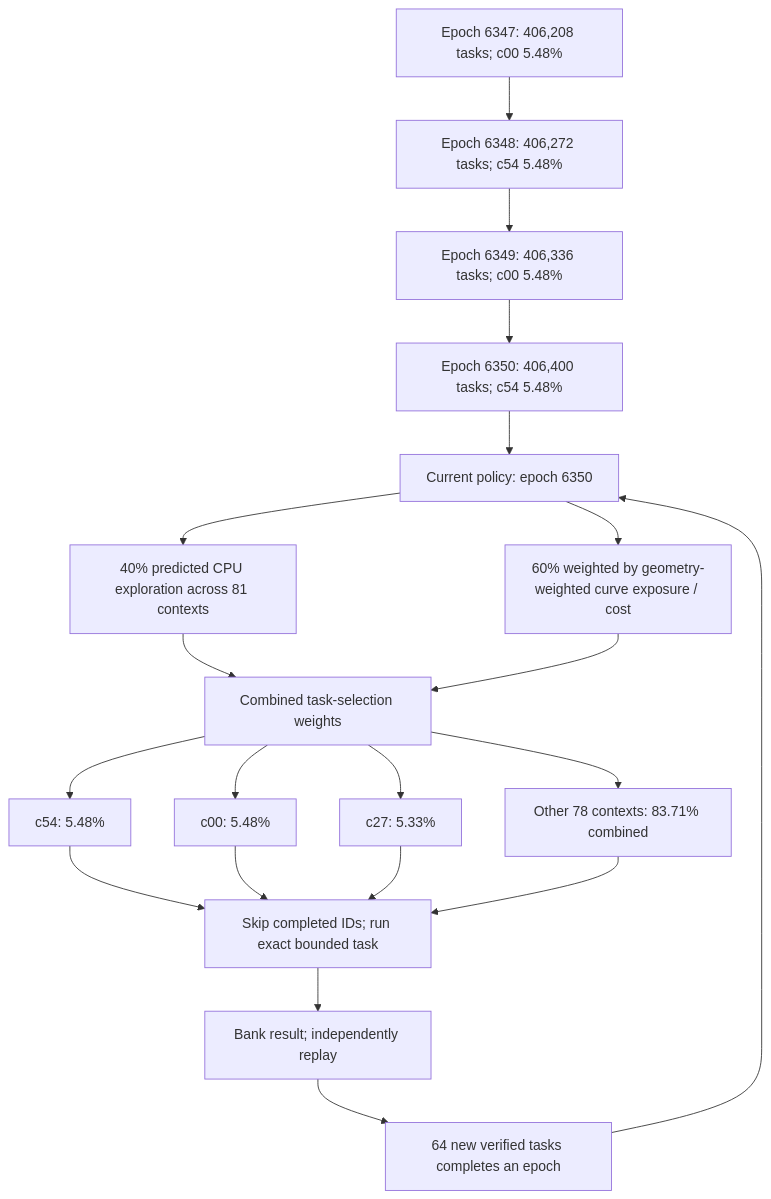
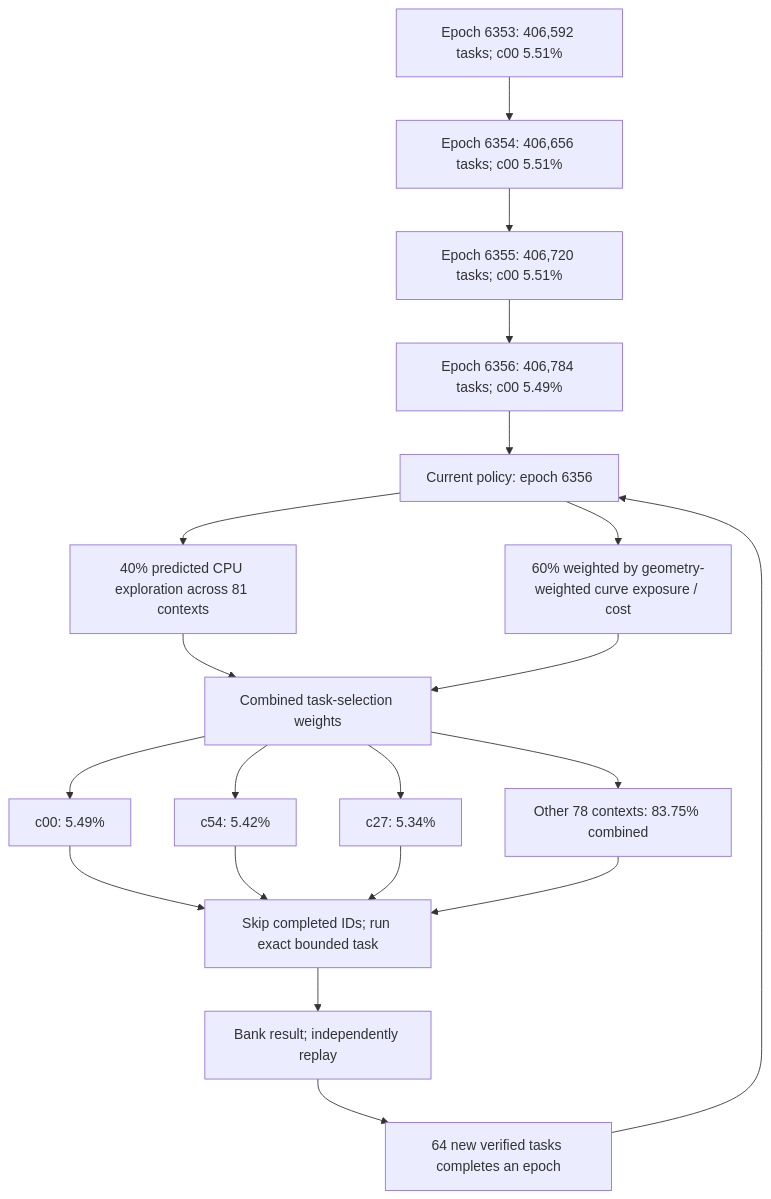
The first of 4 diagrams in README.md (Kuberwastaken/math-gambling), drawn with Mermaid before and after one commit. The commit also changed other lines of this file and 1419 other files, not shown here.

````diff
--- a/README.md
+++ b/README.md
@@ -60,27 +60,27 @@
 ```mermaid
 flowchart TD
-    H0["Epoch 6347: 406,208 tasks; c00 5.48%"]
-    H1["Epoch 6348: 406,272 tasks; c54 5.48%"]
+    H0["Epoch 6353: 406,592 tasks; c00 5.51%"]
+    H1["Epoch 6354: 406,656 tasks; c00 5.51%"]
     H0 --> H1
-    H2["Epoch 6349: 406,336 tasks; c00 5.48%"]
+    H2["Epoch 6355: 406,720 tasks; c00 5.51%"]
     H1 --> H2
-    H3["Epoch 6350: 406,400 tasks; c54 5.48%"]
+    H3["Epoch 6356: 406,784 tasks; c00 5.49%"]
     H2 --> H3
-    Policy["Current policy: epoch 6350"]
+    Policy["Current policy: epoch 6356"]
     H3 --> Policy
     Policy --> Explore["40% predicted CPU exploration across 81 contexts"]
     Policy --> Cost["60% weighted by geometry-weighted curve exposure / cost"]
     Explore --> Mix["Combined task-selection weights"]
     Cost --> Mix
-    Mix --> C0["c54: 5.48%"]
-    Mix --> C1["c00: 5.48%"]
-    Mix --> C2["c27: 5.33%"]
-    Mix --> Rest["Other 78 contexts: 83.71% combined"]
+    Mix --> C0["c00: 5.49%"]
+    Mix --> C1["c54: 5.42%"]
+    Mix --> C2["c27: 5.34%"]
+    Mix --> Rest["Other 78 contexts: 83.75% combined"]
     C0 --> Check["Skip completed IDs; run exact bounded task"]
     C1 --> Check
     C2 --> Check
     Rest --> Check
     Check --> Replay["Bank result; independently replay"]
     Replay --> Gate["64 new verified tasks completes an epoch"]
     Gate --> Policy
 ```
````
